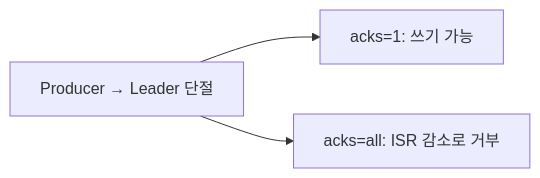
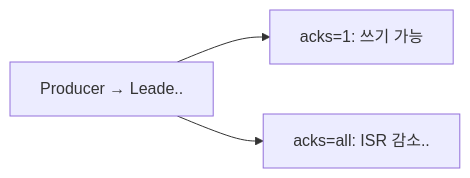
Diagram 19 of 21 in _posts/kafka/2026-05-01-kafka-extreme-scenarios.md (yjkim2015/yjkim2015.github.io), drawn with Mermaid before and after one commit. The commit also changed other lines of this file and 149 other files, not shown here.

First line of the commit message:
Mermaid 가독성 개선: 라벨 축약, 노드 축소, TD→LR 변환

````diff
--- a/_posts/kafka/2026-05-01-kafka-extreme-scenarios.md
+++ b/_posts/kafka/2026-05-01-kafka-extreme-scenarios.md
@@ -541,8 +532,8 @@
 ```mermaid
 graph LR
-    SA1["Producer → Leader 단절"]
+    SA1["Producer → Leade.."]
     SA2["acks=1: 쓰기 가능"]
-    SA3["acks=all: ISR 감소로 거부"]
+    SA3["acks=all: ISR 감소.."]
     SA1 --> SA2
     SA1 --> SA3
 ```
````
